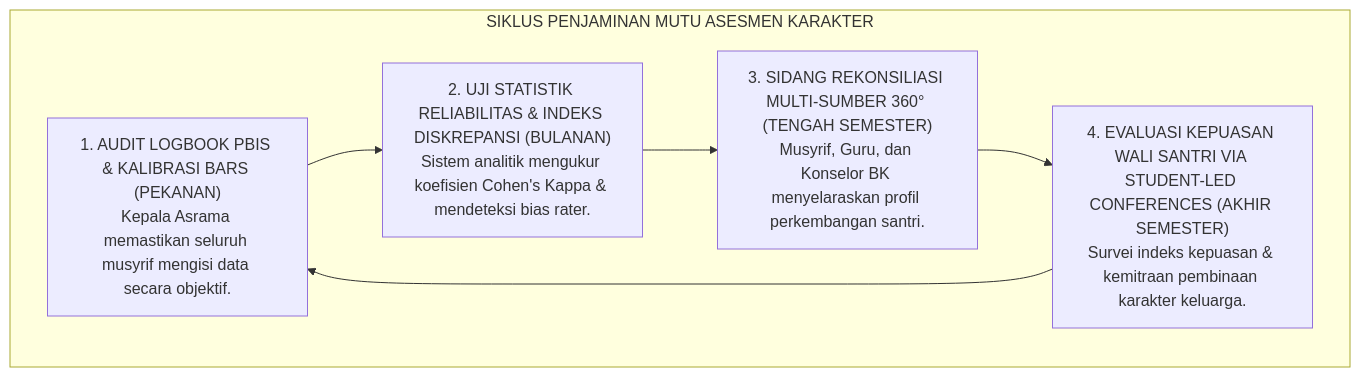
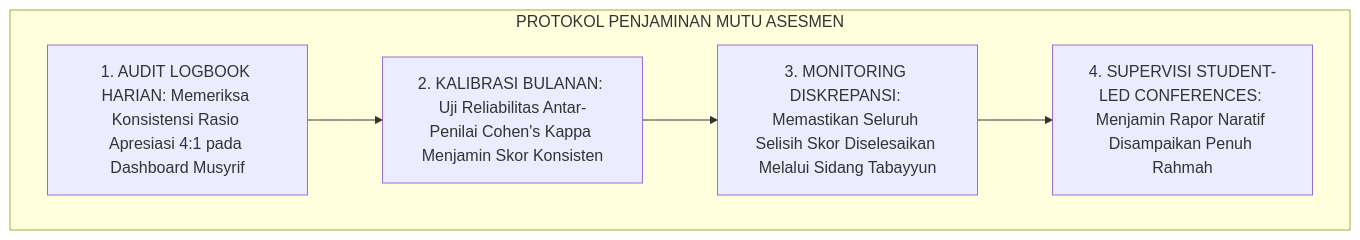
The third of 3 diagrams in 02 Principles/05 Assessment Principles/P2-05-06-Sintesis-Assessment-Principles-TUMBUH.md (wandiapriliyandi/tumbuh), drawn with Mermaid before and after one commit. The commit also changed other lines of this file and 6 other files, not shown here.

````diff
--- a/02 Principles/05 Assessment Principles/P2-05-06-Sintesis-Assessment-Principles-TUMBUH.md
+++ b/02 Principles/05 Assessment Principles/P2-05-06-Sintesis-Assessment-Principles-TUMBUH.md
@@ -172,14 +160,9 @@
 ```mermaid
 flowchart TD
-    subgraph SiklusPenjaminanMutuAsesmenTUMBUH["SIKLUS PENJAMINAN MUTU ASESMEN KARAKTER"]
-        AuditLogbook["1. AUDIT LOGBOOK PBIS & KALIBRASI BARS (PEKANAN)<br/>Kepala Asrama memastikan seluruh musyrif mengisi data secara objektif."]
-        
-        UjiStatistik["2. UJI STATISTIK RELIABILITAS & INDEKS DISKREPANSI (BULANAN)<br/>Sistem analitik mengukur koefisien Cohen's Kappa & mendeteksi bias rater."]
-        
-        SidangTabayyun["3. SIDANG REKONSILIASI MULTI-SUMBER 360° (TENGAH SEMESTER)<br/>Musyrif, Guru, dan Konselor BK menyelaraskan profil perkembangan santri."]
-        
-        ReviewWali["4. EVALUASI KEPUASAN WALI SANTRI VIA STUDENT-LED CONFERENCES (AKHIR SEMESTER)<br/>Survei indeks kepuasan & kemitraan pembinaan karakter keluarga."]
-        
-        AuditLogbook --> UjiStatistik --> SidangTabayyun --> ReviewWali --> AuditLogbook
+    subgraph ProtokolQualityAssuranceAsesmen["PROTOKOL PENJAMINAN MUTU ASESMEN"]
+        AuditLogbookDigital["1. AUDIT LOGBOOK HARIAN: Memeriksa Konsistensi Rasio Apresiasi 4:1 pada Dashboard Musyrif"]
+        --> SesiKalibrasiBulanan["2. KALIBRASI BULANAN: Uji Reliabilitas Antar-Penilai Cohen's Kappa Menjamin Skor Konsisten"]
+        --> ReviewSidangTabayyun["3. MONITORING DISKREPANSI: Memastikan Seluruh Selisih Skor Diselesaikan Melalui Sidang Tabayyun"]
+        --> SupervisiSLC["4. SUPERVISI STUDENT-LED CONFERENCES: Menjamin Rapor Naratif Disampaikan Penuh Rahmah"]
     end
 ```
````
